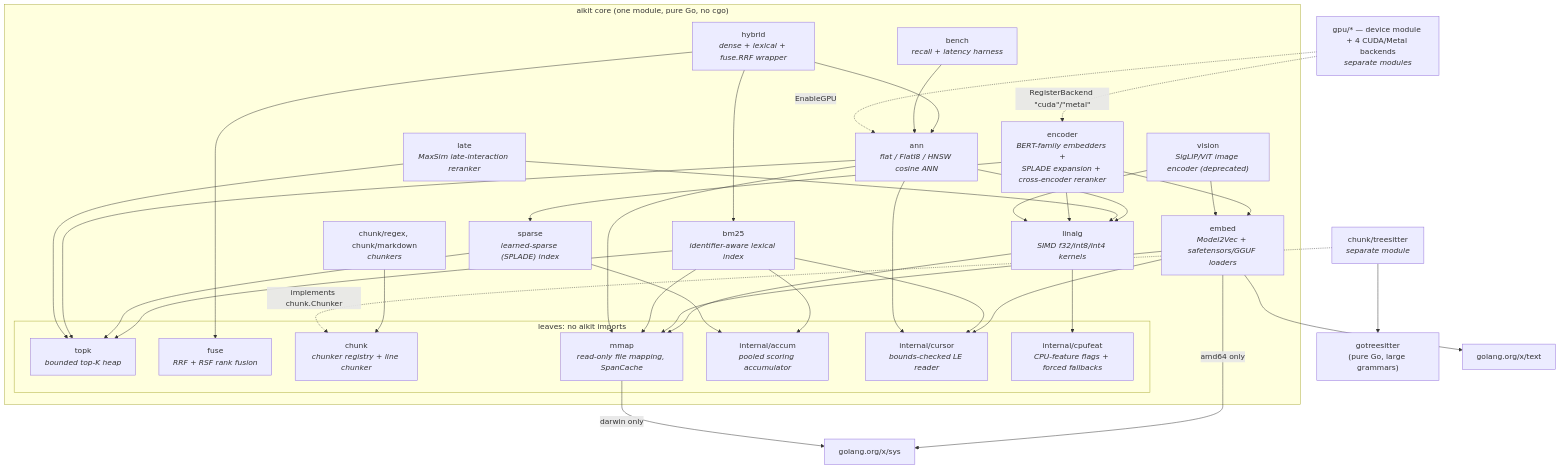
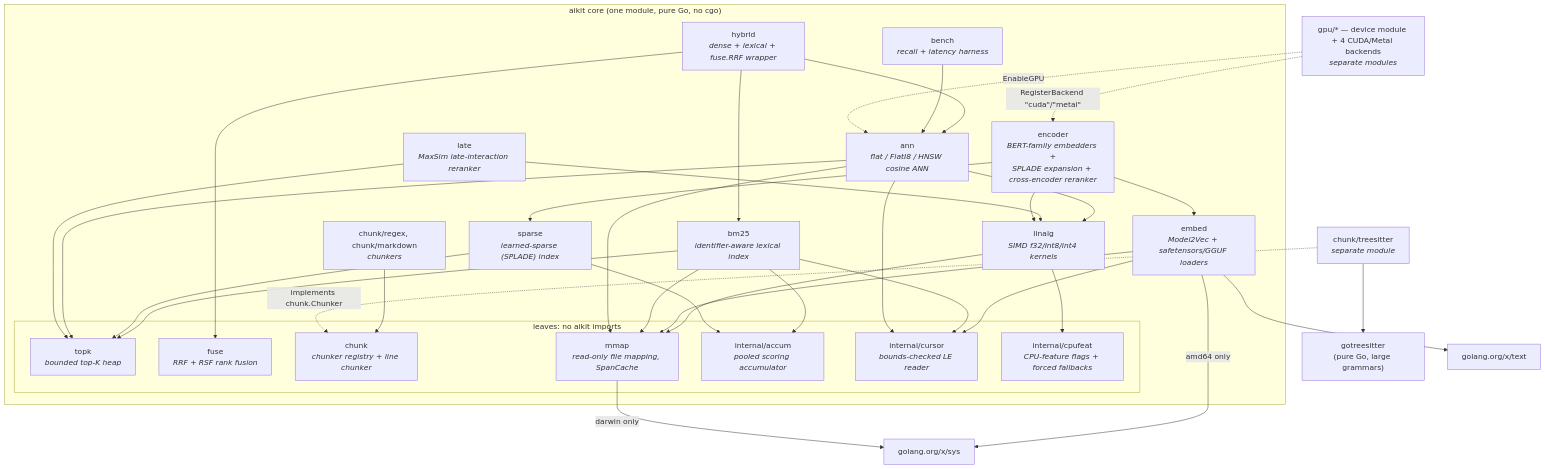
The first of 3 diagrams in docs/architecture.md (townsendmerino/aikit), drawn with Mermaid before and after one commit. The commit also changed other lines of this file and 95 other files, not shown here.

````diff
--- a/docs/architecture.md
+++ b/docs/architecture.md
@@ -67,60 +67,57 @@
 ```mermaid
 graph TD
     subgraph core ["aikit core (one module, pure Go, no cgo)"]
         subgraph leaves ["leaves: no aikit imports"]
             topk["topk<br/><i>bounded top-K heap</i>"]
             fuse["fuse<br/><i>RRF + RSF rank fusion</i>"]
             chunk["chunk<br/><i>chunker registry + line chunker</i>"]
             mmap["mmap<br/><i>read-only file mapping, SpanCache</i>"]
             accum["internal/accum<br/><i>pooled scoring accumulator</i>"]
             cursor["internal/cursor<br/><i>bounds-checked LE reader</i>"]
             cpufeat["internal/cpufeat<br/><i>CPU-feature flags + forced fallbacks</i>"]
         end
         chunkers["chunk/regex, chunk/markdown<br/><i>chunkers</i>"]
         linalg["linalg<br/><i>SIMD f32/int8/int4 kernels</i>"]
         embed["embed<br/><i>Model2Vec + safetensors/GGUF loaders</i>"]
         bm25["bm25<br/><i>identifier-aware lexical index</i>"]
         sparse["sparse<br/><i>learned-sparse (SPLADE) index</i>"]
         ann["ann<br/><i>flat / FlatI8 / HNSW cosine ANN</i>"]
         late["late<br/><i>MaxSim late-interaction reranker</i>"]
         encoder["encoder<br/><i>BERT-family embedders +<br/>SPLADE expansion + cross-encoder reranker</i>"]
-        vision["vision<br/><i>SigLIP/ViT image encoder (deprecated)</i>"]
         hybrid["hybrid<br/><i>dense + lexical + fuse.RRF wrapper</i>"]
         bench["bench<br/><i>recall + latency harness</i>"]
 
         chunkers --> chunk
         linalg --> mmap
         linalg --> cpufeat
         embed --> mmap
         embed --> cursor
         bm25 --> topk
         bm25 --> mmap
         bm25 --> accum
         bm25 --> cursor
         sparse --> topk
         sparse --> accum
         ann --> linalg
         ann --> topk
         ann --> mmap
         ann --> cursor
         late --> linalg
         late --> topk
         encoder --> embed
         encoder --> linalg
         encoder --> sparse
-        vision --> embed
-        vision --> linalg
         hybrid --> ann
         hybrid --> bm25
         hybrid --> fuse
         bench --> ann
     end
     ts["chunk/treesitter<br/><i>separate module</i>"] -.->|implements chunk.Chunker| chunk
     gpu["gpu/* — device module + 4 CUDA/Metal backends<br/><i>separate modules</i>"]
     gpu -.->|EnableGPU| ann
     gpu -.->|RegisterBackend #quot;cuda#quot;/#quot;metal#quot;| encoder
     ts --> gts["gotreesitter<br/>(pure Go, large grammars)"]
     embed --> xtext["golang.org/x/text"]
     embed -->|amd64 only| xsys["golang.org/x/sys"]
     mmap -->|darwin only| xsys
 ```
````
